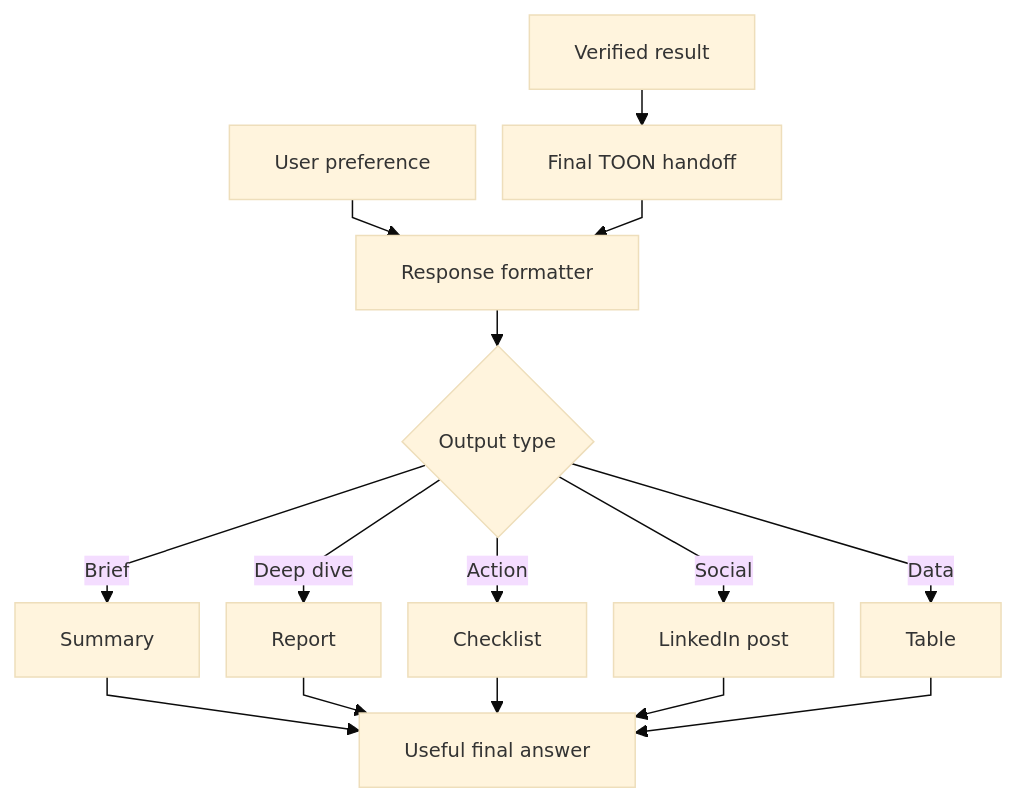
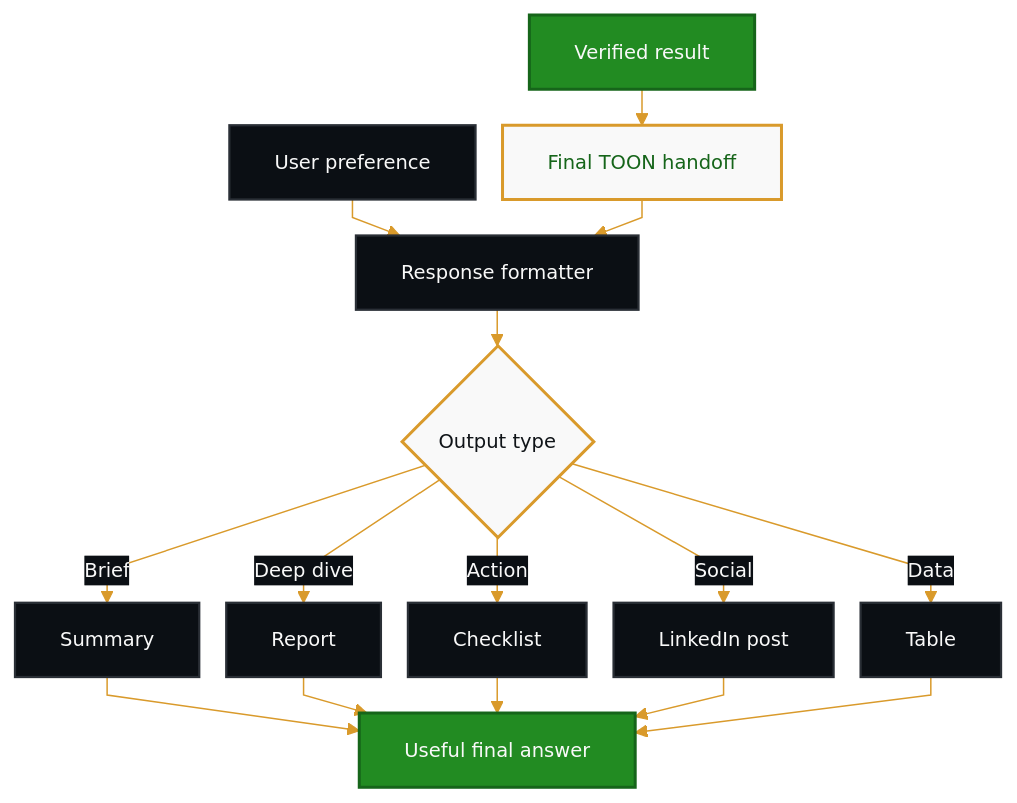
Before and after one commit to Hassaan146/agentic-ai-workflow: the seventh of 10 diagrams in docs/diagrams.md, drawn with Mermaid. The commit also changed other lines of this file, not shown here.

Commit message:
Apply dark luxury Mermaid theme

````diff
--- a/docs/diagrams.md
+++ b/docs/diagrams.md
@@ -164,18 +212,27 @@
 ```mermaid
-%%{init: {'theme': 'base', 'flowchart': {'nodeSpacing': 18, 'rankSpacing': 24, 'curve': 'linear'}, 'themeVariables': {'fontSize': '13px'}}}%%
+%%{init: {'theme': 'base', 'flowchart': {'nodeSpacing': 18, 'rankSpacing': 24, 'curve': 'linear'}, 'themeVariables': {'fontSize': '13px', 'primaryColor': '#228B22', 'primaryTextColor': '#F9F9F9', 'primaryBorderColor': '#16651A', 'lineColor': '#D99A2B', 'secondaryColor': '#F9F9F9', 'secondaryTextColor': '#101418', 'secondaryBorderColor': '#D99A2B', 'tertiaryColor': '#0B0F14', 'tertiaryTextColor': '#F9F9F9', 'tertiaryBorderColor': '#2A2F36', 'background': '#070B10', 'mainBkg': '#228B22', 'secondBkg': '#F9F9F9', 'textColor': '#F9F9F9', 'edgeLabelBackground': '#0B0F14'}}}%%
 flowchart TD
     A["Verified result"] --> B["Final TOON handoff"]
     C["User preference"] --> D["Response formatter"]
     B --> D
     D --> E{"Output type"}
     E -->|Brief| F["Summary"]
     E -->|Deep dive| G["Report"]
     E -->|Action| H["Checklist"]
     E -->|Social| I["LinkedIn post"]
     E -->|Data| J["Table"]
     F --> K["Useful final answer"]
     G --> K
     H --> K
     I --> K
     J --> K
+
+    classDef primary fill:#228B22,stroke:#16651A,color:#F9F9F9,stroke-width:2px;
+    classDef dark fill:#0B0F14,stroke:#2A2F36,color:#F9F9F9,stroke-width:1.5px;
+    classDef toon fill:#F9F9F9,stroke:#D99A2B,color:#16651A,stroke-width:2px;
+    classDef decision fill:#F9F9F9,stroke:#D99A2B,color:#101418,stroke-width:2px;
+    class A,K primary;
+    class B toon;
+    class C,D,F,G,H,I,J dark;
+    class E decision;
 ```
````
